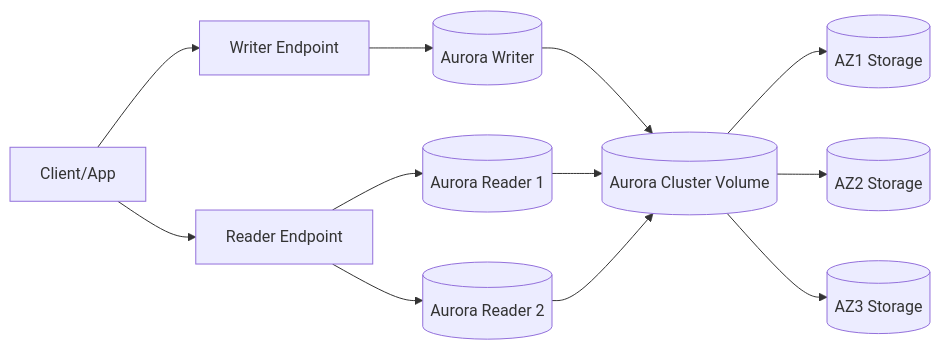
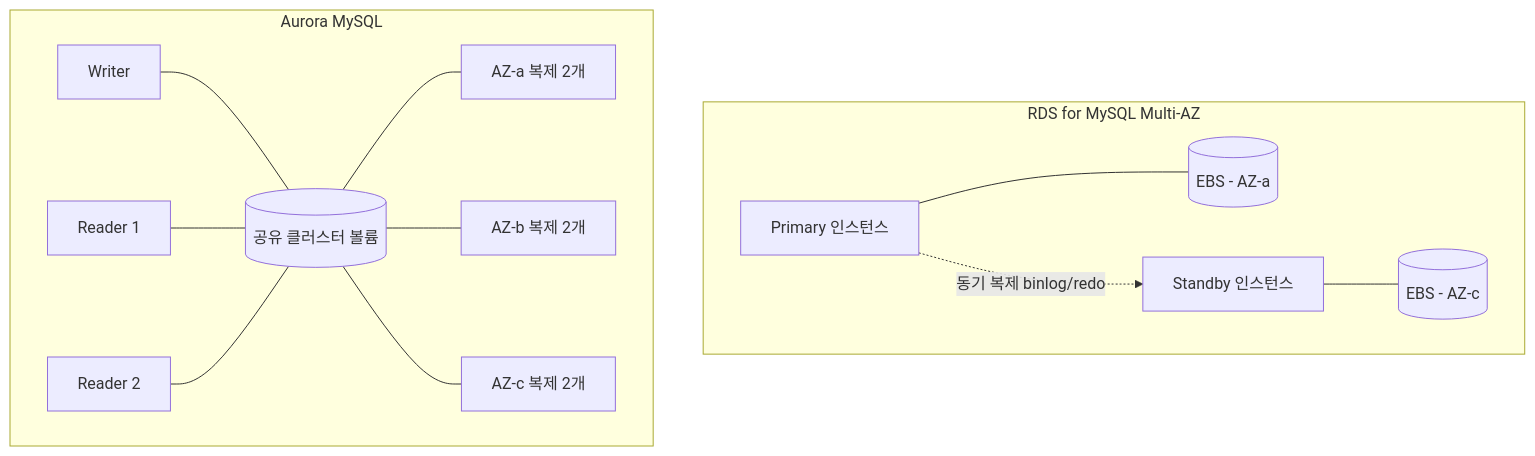
One commit to GYUTORY/YGSTUDY changed the diagram in Develop/AWS/Database/Aurora_DB.md. Above: the diagram before and after it, drawn with Mermaid. The commit also changed other lines of this file, not shown here.

Commit message:
docs(AWS/Database): Aurora MySQL vs RDS for MySQL 상세 비교

````diff
--- a/Develop/AWS/Database/Aurora_DB.md
+++ b/Develop/AWS/Database/Aurora_DB.md
@@ -59,14 +97,25 @@
 ```mermaid
-flowchart LR
-  C[Client/App] --> WEP[Writer Endpoint]
-  C --> REP[Reader Endpoint]
-  WEP --> W[(Aurora Writer)]
-  REP --> R1[(Aurora Reader 1)]
-  REP --> R2[(Aurora Reader 2)]
-  W --> V[(Aurora Cluster Volume)]
-  R1 --> V
-  R2 --> V
-  V --> AZ1[(AZ1 Storage)]
-  V --> AZ2[(AZ2 Storage)]
-  V --> AZ3[(AZ3 Storage)]
+flowchart TB
+  subgraph RDS["RDS for MySQL Multi-AZ"]
+    P[Primary 인스턴스]
+    PE[(EBS - AZ-a)]
+    S[Standby 인스턴스]
+    SE[(EBS - AZ-c)]
+    P --- PE
+    S --- SE
+    P -. "동기 복제 binlog/redo" .-> S
+  end
+
+  subgraph Aurora["Aurora MySQL"]
+    W[Writer]
+    R1[Reader 1]
+    R2[Reader 2]
+    V[(공유 클러스터 볼륨)]
+    W --- V
+    R1 --- V
+    R2 --- V
+    V --- A1[AZ-a 복제 2개]
+    V --- A2[AZ-b 복제 2개]
+    V --- A3[AZ-c 복제 2개]
+  end
 ```
````
